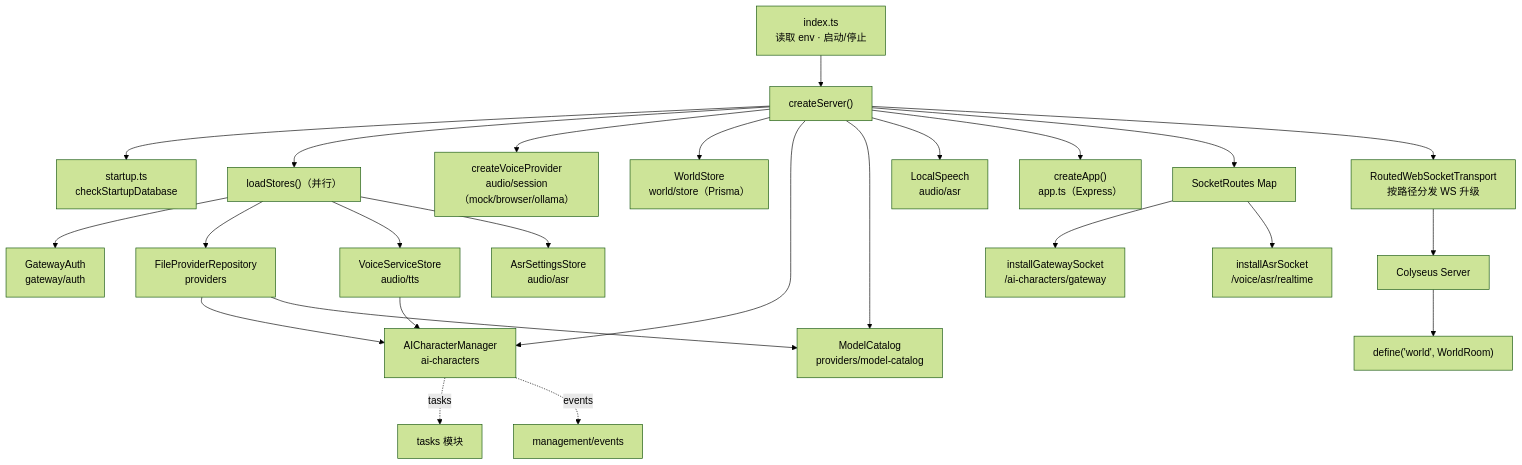
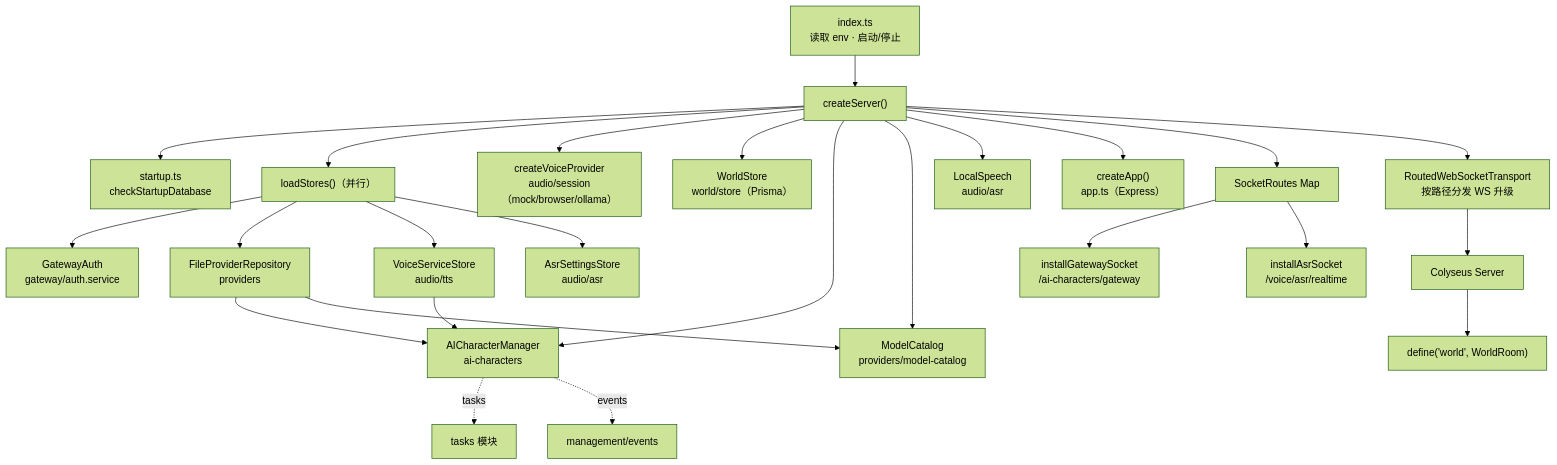
One commit to lulabs-org/embocraft changed the fourth of 14 diagrams in docs/guide/architecture-diagrams.md. Above: the diagram before and after it, drawn with Mermaid (forest theme). The commit also changed other lines of this file and 6 other files, not shown here.

````diff
--- a/docs/guide/architecture-diagrams.md
+++ b/docs/guide/architecture-diagrams.md
@@ -87,32 +87,32 @@
 ```mermaid
 graph TD
     Index["index.ts<br/>读取 env · 启动/停止"] --> Create["createServer()"]
 
     Create --> Startup["startup.ts<br/>checkStartupDatabase"]
     Create --> Stores["loadStores()（并行）"]
-    Stores --> GA["GatewayAuth<br/>gateway/auth"]
+    Stores --> GA["GatewayAuth<br/>gateway/auth.service"]
     Stores --> PS["FileProviderRepository<br/>providers"]
     Stores --> VS["VoiceServiceStore<br/>audio/tts"]
     Stores --> AS["AsrSettingsStore<br/>audio/asr"]
 
     Create --> VP["createVoiceProvider<br/>audio/session（mock/browser/ollama）"]
     Create --> WS["WorldStore<br/>world/store（Prisma）"]
     Create --> ACM["AICharacterManager<br/>ai-characters"]
     Create --> MC["ModelCatalog<br/>providers/model-catalog"]
     Create --> LS["LocalSpeech<br/>audio/asr"]
 
     Create --> App["createApp()<br/>app.ts（Express）"]
     Create --> Sockets["SocketRoutes Map"]
     Sockets --> GWS["installGatewaySocket<br/>/ai-characters/gateway"]
     Sockets --> ASRS["installAsrSocket<br/>/voice/asr/realtime"]
 
     Create --> Transport["RoutedWebSocketTransport<br/>按路径分发 WS 升级"]
     Transport --> Colyseus["Colyseus Server"]
     Colyseus --> Room["define('world', WorldRoom)"]
 
     ACM -.->|tasks| Tasks["tasks 模块"]
     ACM -.->|events| Events["management/events"]
     PS --> ACM
     VS --> ACM
     PS --> MC
 ```
````
